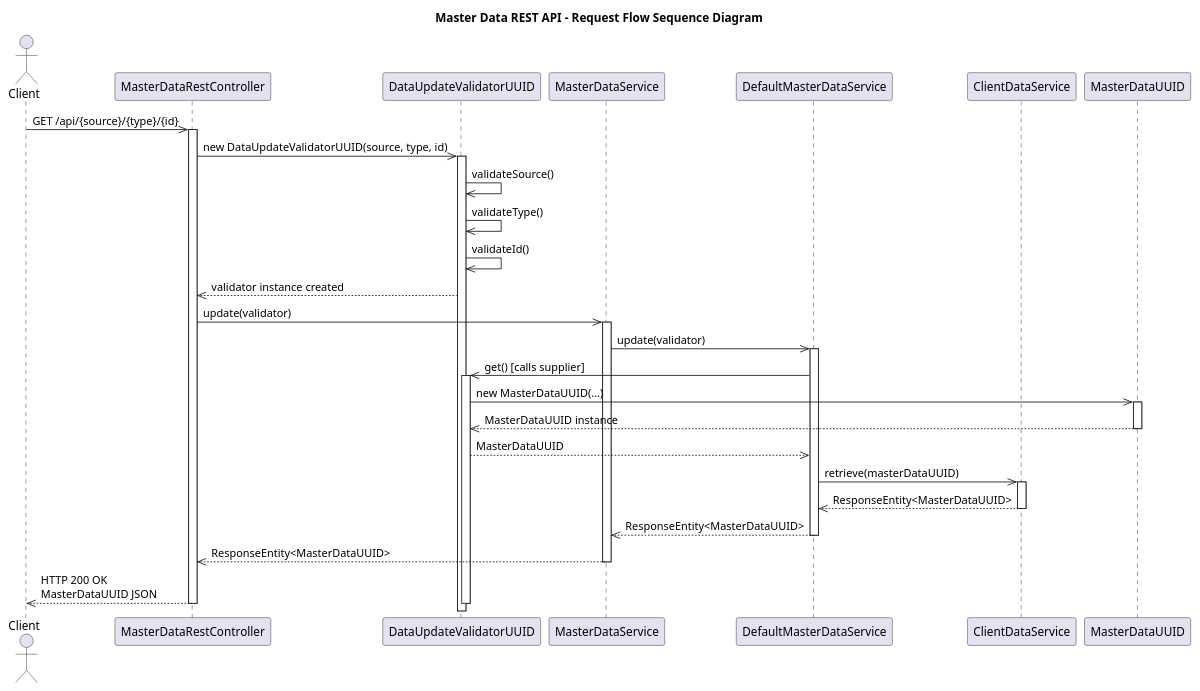
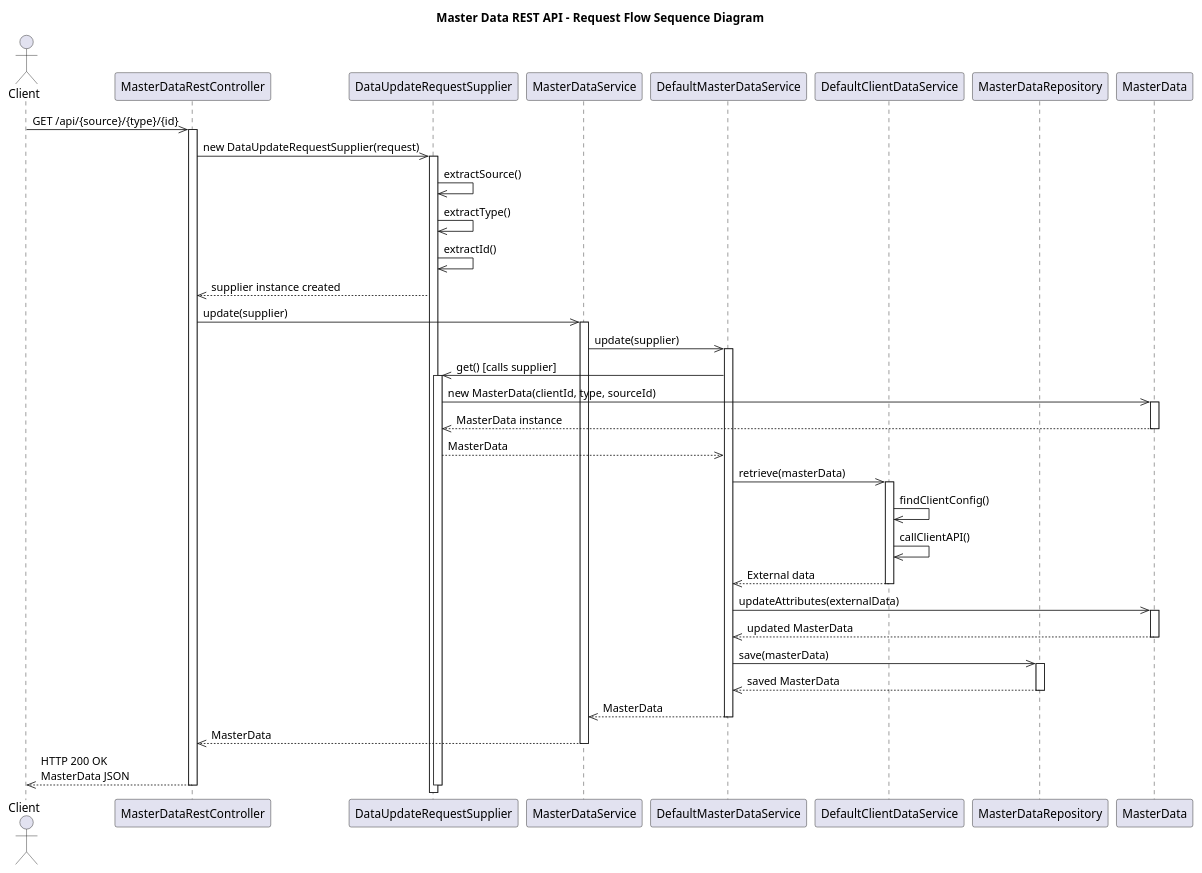
One commit to Zoostar-Consulting-Inc/mdm-parent changed the diagram in docs/MasterDataFlow_SequenceDiagram.puml. Above: the diagram before and after it, drawn with PlantUML.

Commit message:
Developed Feature 1.0.0

```diff
--- a/docs/MasterDataFlow_SequenceDiagram.puml
+++ b/docs/MasterDataFlow_SequenceDiagram.puml
@@ -1,55 +1,69 @@
 @startuml MasterDataRestFlow
 title Master Data REST API - Request Flow Sequence Diagram
 actor Client
 participant "MasterDataRestController" as Controller
-participant "DataUpdateValidatorUUID" as Validator
+participant "DataUpdateRequestSupplier" as Supplier
 participant "MasterDataService" as Service
 participant "DefaultMasterDataService" as ServiceImpl
-participant "ClientDataService" as ClientService
-participant "MasterDataUUID" as Model
+participant "DefaultClientDataService" as ClientService
+participant "MasterDataRepository" as Repository
+participant "MasterData" as Model
 
 Client ->> Controller: GET /api/{source}/{type}/{id}
 activate Controller
 
-Controller ->> Validator: new DataUpdateValidatorUUID(source, type, id)
-activate Validator
+Controller ->> Supplier: new DataUpdateRequestSupplier(request)
+activate Supplier
 
-Validator ->> Validator: validateSource()
-Validator ->> Validator: validateType()
-Validator ->> Validator: validateId()
+Supplier ->> Supplier: extractSource()
+Supplier ->> Supplier: extractType()
+Supplier ->> Supplier: extractId()
 
-Validator -->> Controller: validator instance created
+Supplier -->> Controller: supplier instance created
 
-Controller ->> Service: update(validator)
+Controller ->> Service: update(supplier)
 activate Service
 
-Service ->> ServiceImpl: update(validator)
+Service ->> ServiceImpl: update(supplier)
 activate ServiceImpl
 
-ServiceImpl ->> Validator: get() [calls supplier]
-activate Validator
+ServiceImpl ->> Supplier: get() [calls supplier]
+activate Supplier
 
-Validator ->> Model: new MasterDataUUID(...)
+Supplier ->> Model: new MasterData(clientId, type, sourceId)
 activate Model
-Model -->> Validator: MasterDataUUID instance
+Model -->> Supplier: MasterData instance
 deactivate Model
 
-Validator -->> ServiceImpl: MasterDataUUID
+Supplier -->> ServiceImpl: MasterData
 
-ServiceImpl ->> ClientService: retrieve(masterDataUUID)
+ServiceImpl ->> ClientService: retrieve(masterData)
 activate ClientService
 
-ClientService -->> ServiceImpl: ResponseEntity<MasterDataUUID>
+ClientService ->> ClientService: findClientConfig()
+ClientService ->> ClientService: callClientAPI()
+
+ClientService -->> ServiceImpl: External data
 deactivate ClientService
 
-ServiceImpl -->> Service: ResponseEntity<MasterDataUUID>
+ServiceImpl ->> Model: updateAttributes(externalData)
+activate Model
+Model -->> ServiceImpl: updated MasterData
+deactivate Model
+
+ServiceImpl ->> Repository: save(masterData)
+activate Repository
+Repository -->> ServiceImpl: saved MasterData
+deactivate Repository
+
+ServiceImpl -->> Service: MasterData
 deactivate ServiceImpl
 
-Service -->> Controller: ResponseEntity<MasterDataUUID>
+Service -->> Controller: MasterData
 deactivate Service
 
-Controller -->> Client: HTTP 200 OK\nMasterDataUUID JSON
+Controller -->> Client: HTTP 200 OK\nMasterData JSON
 deactivate Controller
-deactivate Validator
+deactivate Supplier
 
 @enduml
```
